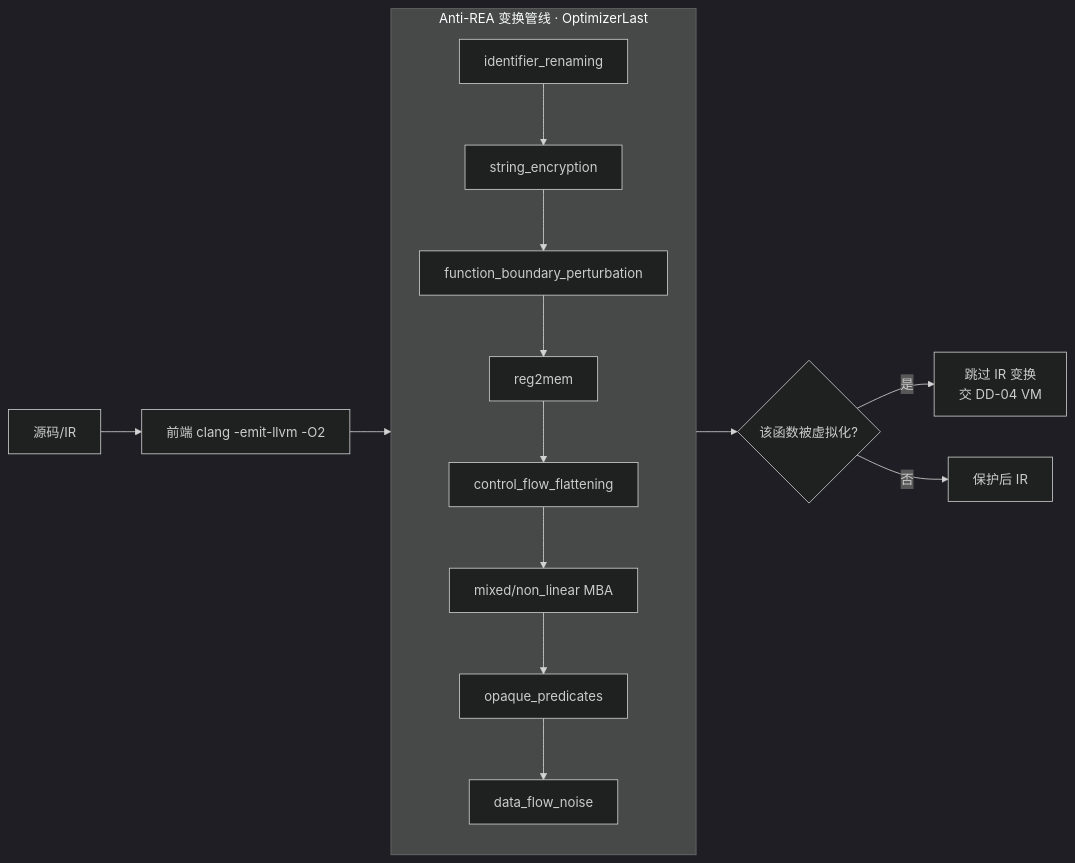
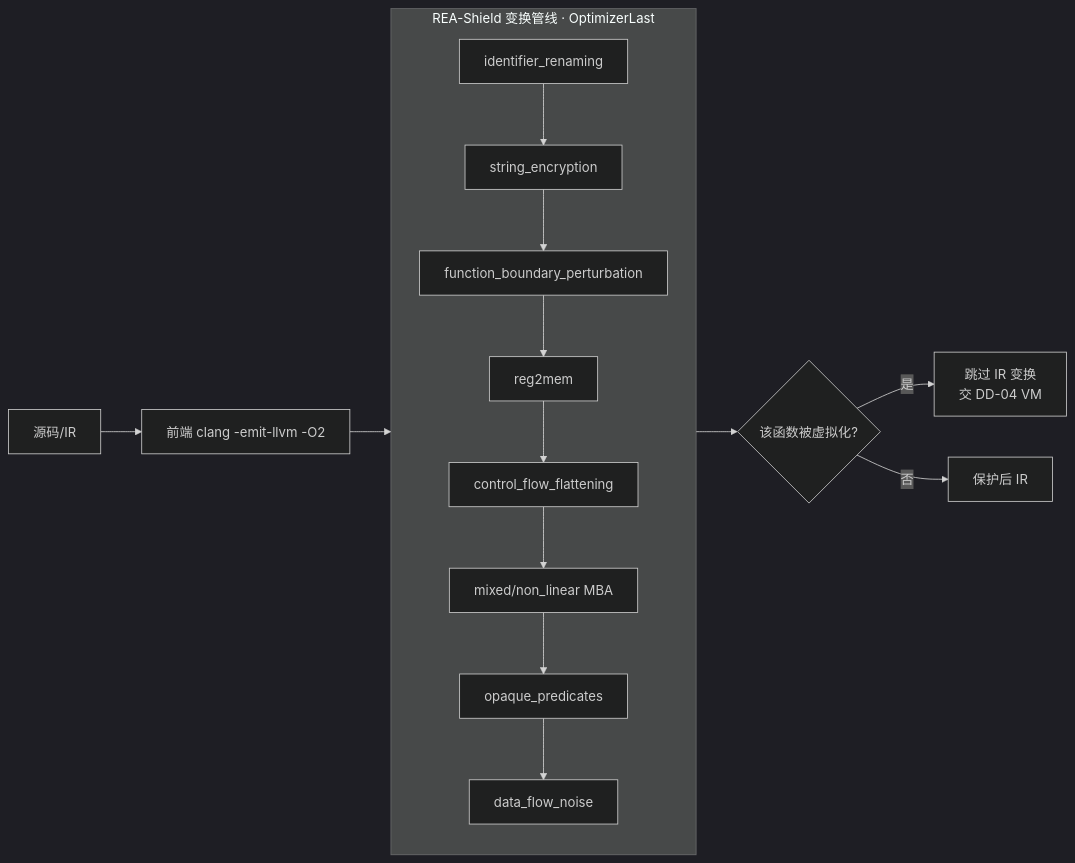
One commit to wxp728/REA-Shield changed the diagram in docs/design/ddd/dd-03-llvm-transforms.md. Above: the diagram before and after it, drawn with Mermaid (dark theme). The commit also changed 67 other files, not shown here.

Commit message:
docs: 品牌更名为 REA-Shield（文档/注释/可见文案中的 Anti-REA）；README 首行改为「REA 是矛，本技能就是盾」

````diff
--- a/docs/design/ddd/dd-03-llvm-transforms.md
+++ b/docs/design/ddd/dd-03-llvm-transforms.md
@@ -28,17 +28,17 @@
 ```mermaid
 flowchart LR
   SRC[源码/IR] --> FE[前端 clang -emit-llvm -O2]
   FE --> PIPE
-  subgraph PIPE[Anti-REA 变换管线 · OptimizerLast]
+  subgraph PIPE[REA-Shield 变换管线 · OptimizerLast]
     REN[identifier_renaming] --> STR[string_encryption]
     STR --> FBP[function_boundary_perturbation]
     FBP --> R2M[reg2mem]
     R2M --> CFF[control_flow_flattening]
     CFF --> MBA[mixed/non_linear MBA]
     MBA --> OPA[opaque_predicates]
     OPA --> DFN[data_flow_noise]
   end
   PIPE --> VMH{该函数被虚拟化?}
   VMH -- 是 --> SKIP[跳过 IR 变换<br/>交 DD-04 VM]
   VMH -- 否 --> OUT[保护后 IR]
 ```
````
